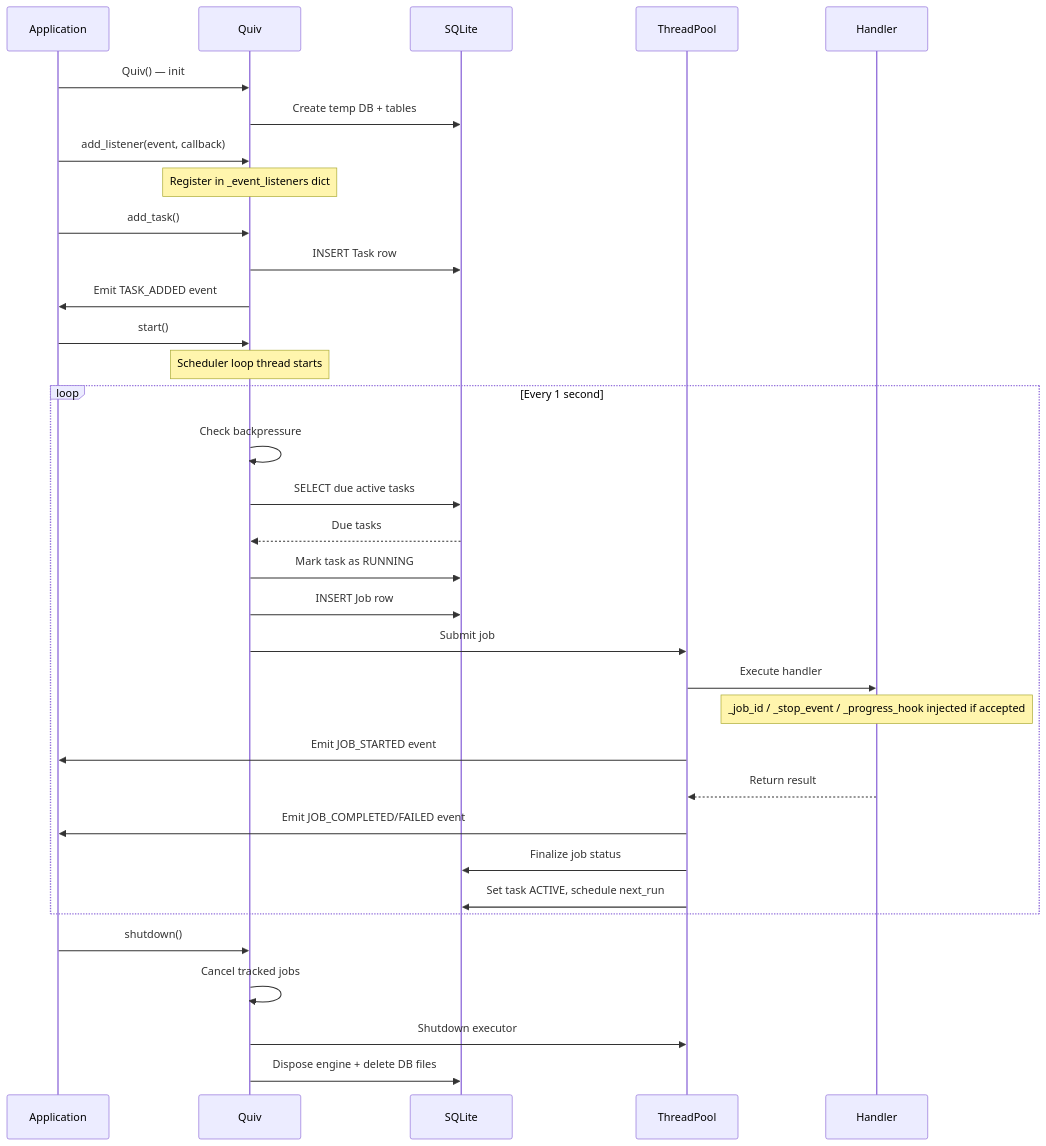
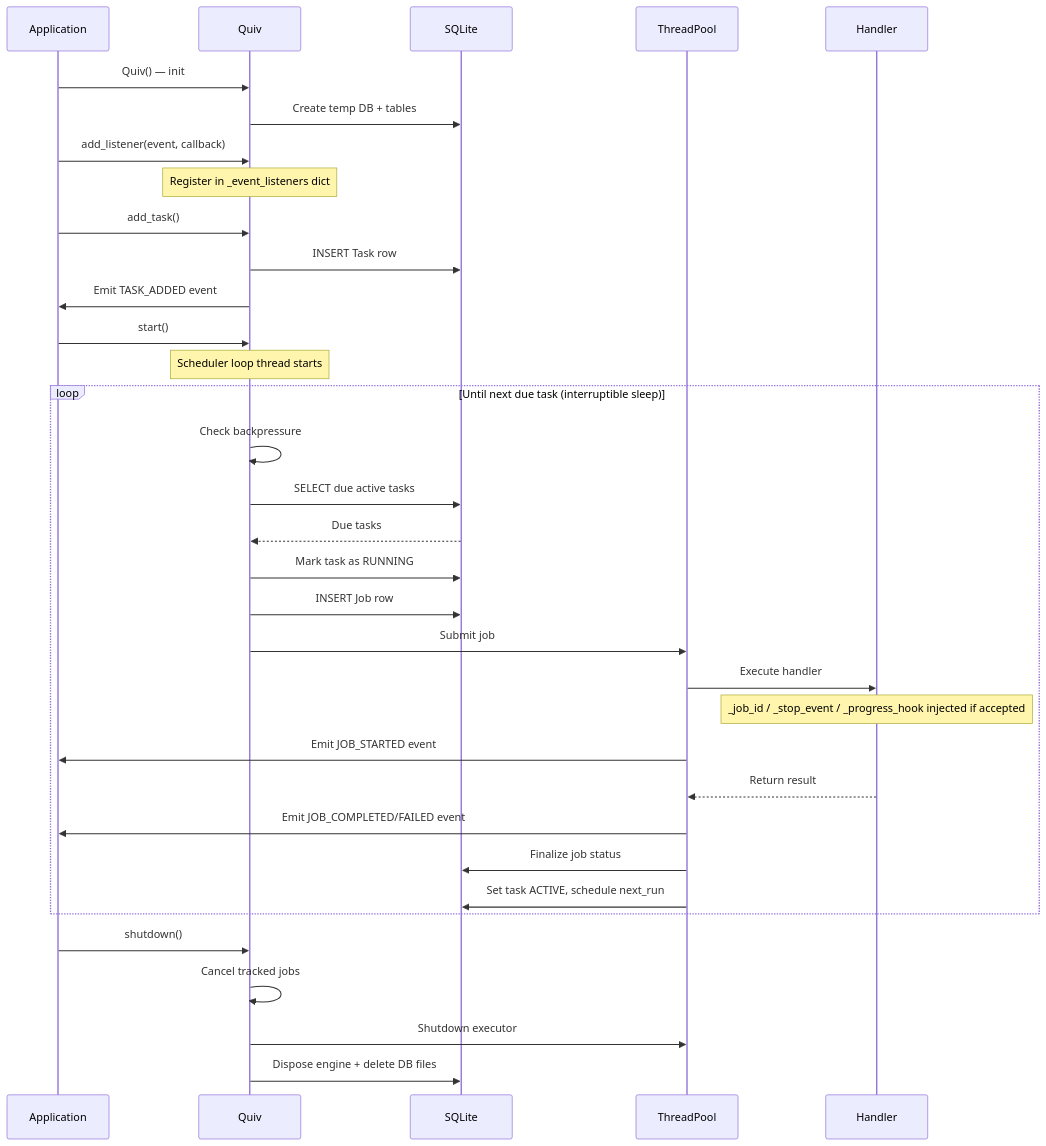
Before and after one commit to nandyalu/quiv: the diagram in docs/architecture.md, drawn with Mermaid. The commit also changed other lines of this file and 15 other files, not shown here.

````diff
--- a/docs/architecture.md
+++ b/docs/architecture.md
@@ -13,42 +13,42 @@
 ```mermaid
 sequenceDiagram
     participant App as Application
     participant Q as Quiv
     participant DB as SQLite
     participant Pool as ThreadPool
     participant H as Handler
 
     App->>Q: Quiv() — init
     Q->>DB: Create temp DB + tables
 
     App->>Q: add_listener(event, callback)
     Note over Q: Register in _event_listeners dict
 
     App->>Q: add_task()
     Q->>DB: INSERT Task row
     Q->>App: Emit TASK_ADDED event
 
     App->>Q: start()
     Note over Q: Scheduler loop thread starts
 
-    loop Every 1 second
+    loop Until next due task (interruptible sleep)
         Q->>Q: Check backpressure
         Q->>DB: SELECT due active tasks
         DB-->>Q: Due tasks
         Q->>DB: Mark task as RUNNING
         Q->>DB: INSERT Job row
         Q->>Pool: Submit job
         Pool->>H: Execute handler
         Note over H: _job_id / _stop_event / _progress_hook injected if accepted
         Pool->>App: Emit JOB_STARTED event
         H-->>Pool: Return result
         Pool->>App: Emit JOB_COMPLETED/FAILED event
         Pool->>DB: Finalize job status
         Pool->>DB: Set task ACTIVE, schedule next_run
     end
 
     App->>Q: shutdown()
     Q->>Q: Cancel tracked jobs
     Q->>Pool: Shutdown executor
     Q->>DB: Dispose engine + delete DB files
 ```
````
